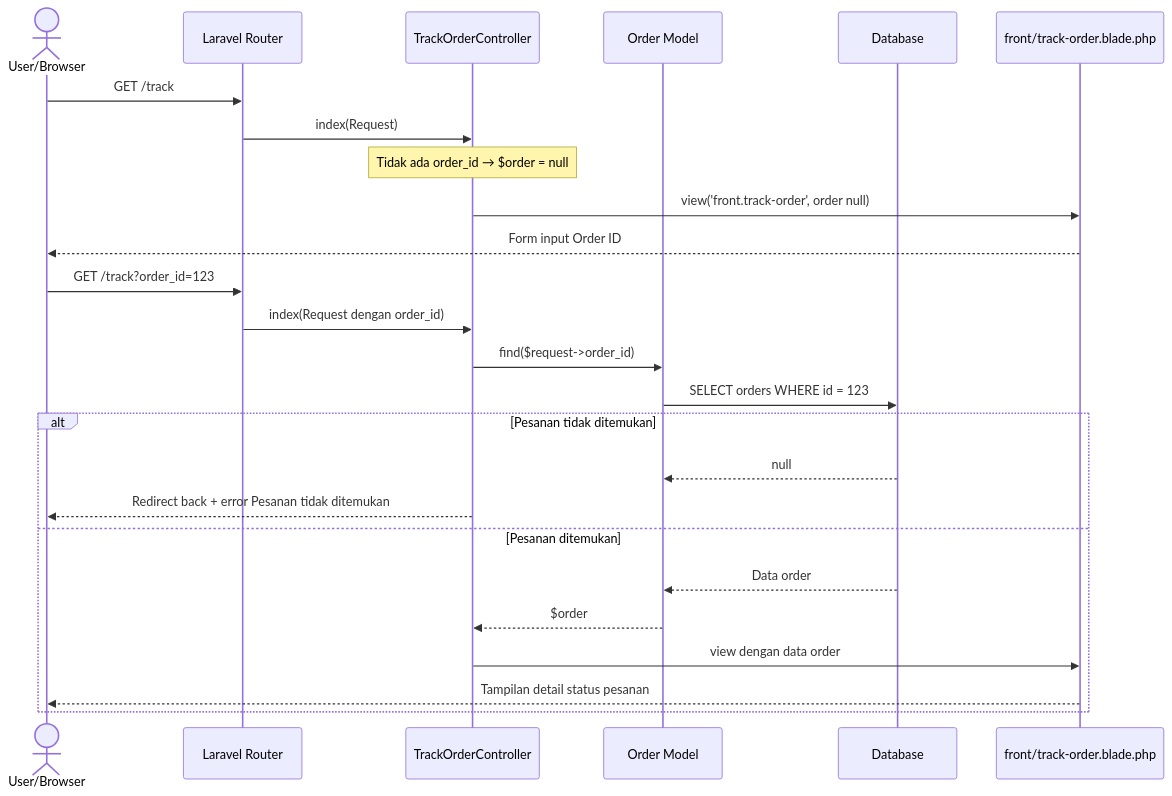
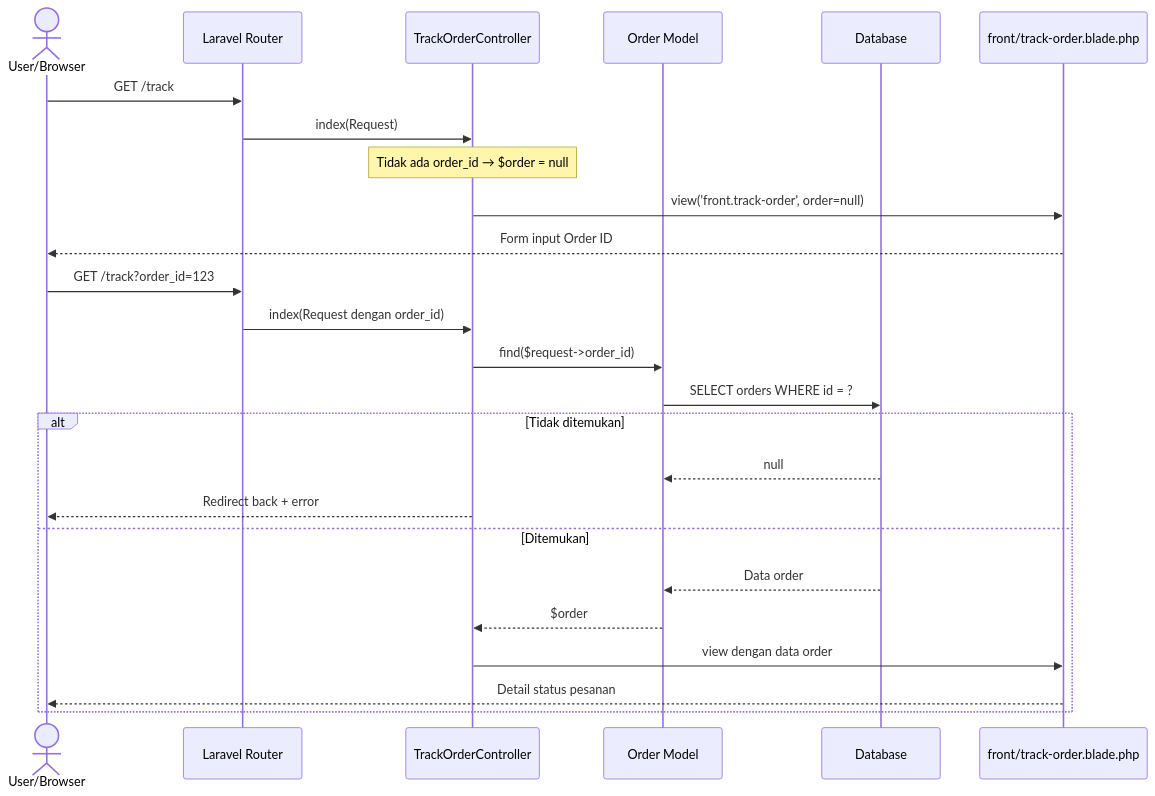
Before and after one commit to mustarisyahding07-spec/WEBSITE_SKRIPSI_MUSTARI: the seventh of 17 diagrams in docs/SEQUENCE_DIAGRAM_DOKUMENTASI.md, drawn with Mermaid. The commit also changed other lines of this file, not shown here.

Commit message:
docs: perbarui penjelasan sequence diagram ke format paragraf akademik

````diff
--- a/docs/SEQUENCE_DIAGRAM_DOKUMENTASI.md
+++ b/docs/SEQUENCE_DIAGRAM_DOKUMENTASI.md
@@ -375,30 +319,29 @@
 ```mermaid
 sequenceDiagram
     actor User as User/Browser
     participant Router as Laravel Router
     participant TOC as TrackOrderController
     participant OrderM as Order Model
     participant DB as Database
     participant View as front/track-order.blade.php
 
     User->>Router: GET /track
     Router->>TOC: index(Request)
     Note over TOC: Tidak ada order_id → $order = null
-    TOC->>View: view('front.track-order', order null)
+    TOC->>View: view('front.track-order', order=null)
     View-->>User: Form input Order ID
 
     User->>Router: GET /track?order_id=123
     Router->>TOC: index(Request dengan order_id)
     TOC->>OrderM: find($request->order_id)
-    OrderM->>DB: SELECT orders WHERE id = 123
-
-    alt Pesanan tidak ditemukan
+    OrderM->>DB: SELECT orders WHERE id = ?
+    alt Tidak ditemukan
         DB-->>OrderM: null
-        TOC-->>User: Redirect back + error Pesanan tidak ditemukan
-    else Pesanan ditemukan
+        TOC-->>User: Redirect back + error
+    else Ditemukan
         DB-->>OrderM: Data order
         OrderM-->>TOC: $order
         TOC->>View: view dengan data order
-        View-->>User: Tampilan detail status pesanan
+        View-->>User: Detail status pesanan
     end
 ```
````
